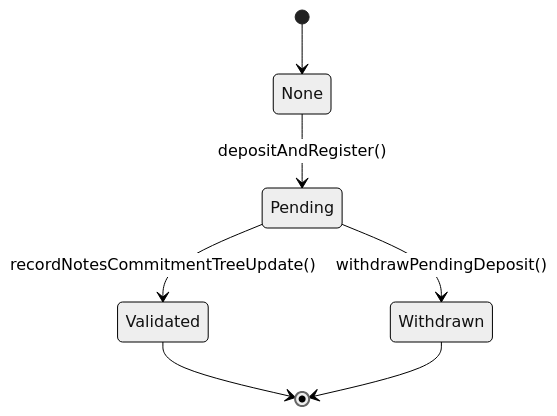
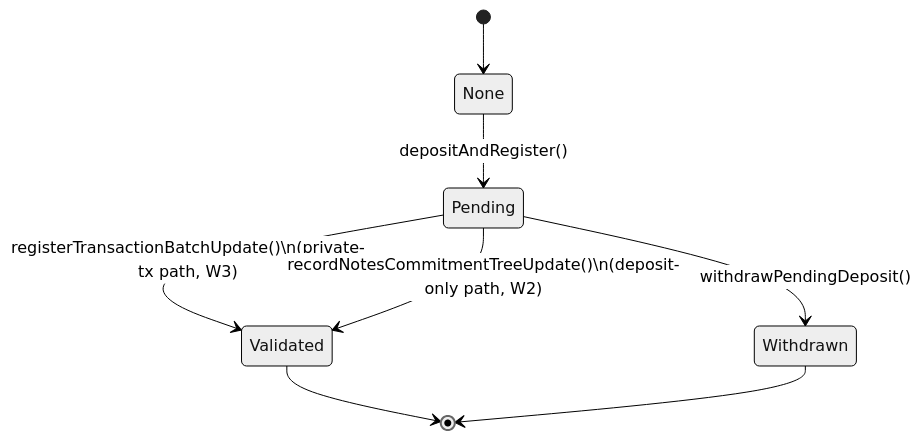
The diagram in docs/architecture/03-workflow-index.md (phantomzone-org/Doxa), drawn with Mermaid (neutral theme) before and after one commit. The commit also changed other lines of this file and 24 other files, not shown here.

````diff
--- a/docs/architecture/03-workflow-index.md
+++ b/docs/architecture/03-workflow-index.md
@@ -14,9 +14,10 @@
 ```mermaid
 stateDiagram-v2
     [*] --> None
     None --> Pending: depositAndRegister()
-    Pending --> Validated: recordNotesCommitmentTreeUpdate()
+    Pending --> Validated: registerTransactionBatchUpdate()\n(private-tx path, W3)
+    Pending --> Validated: recordNotesCommitmentTreeUpdate()\n(deposit-only path, W2)
     Pending --> Withdrawn: withdrawPendingDeposit()
     Validated --> [*]
     Withdrawn --> [*]
 ```
````
